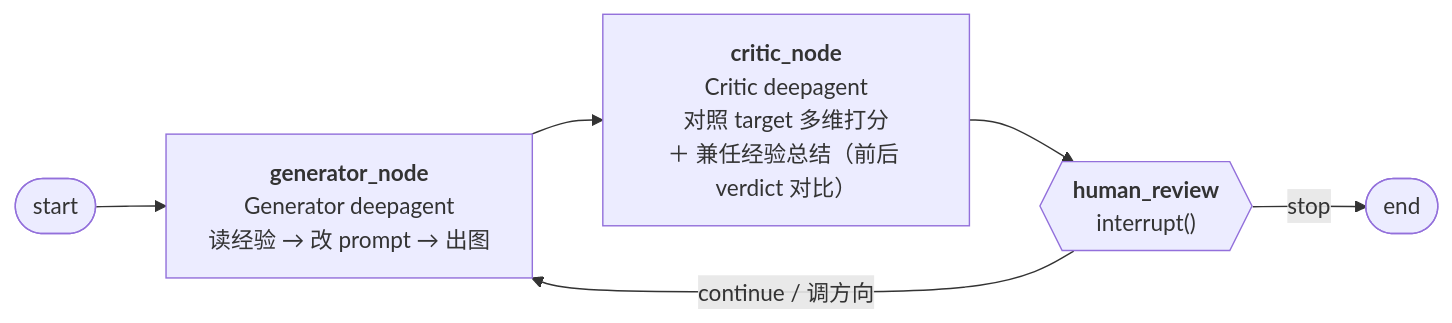
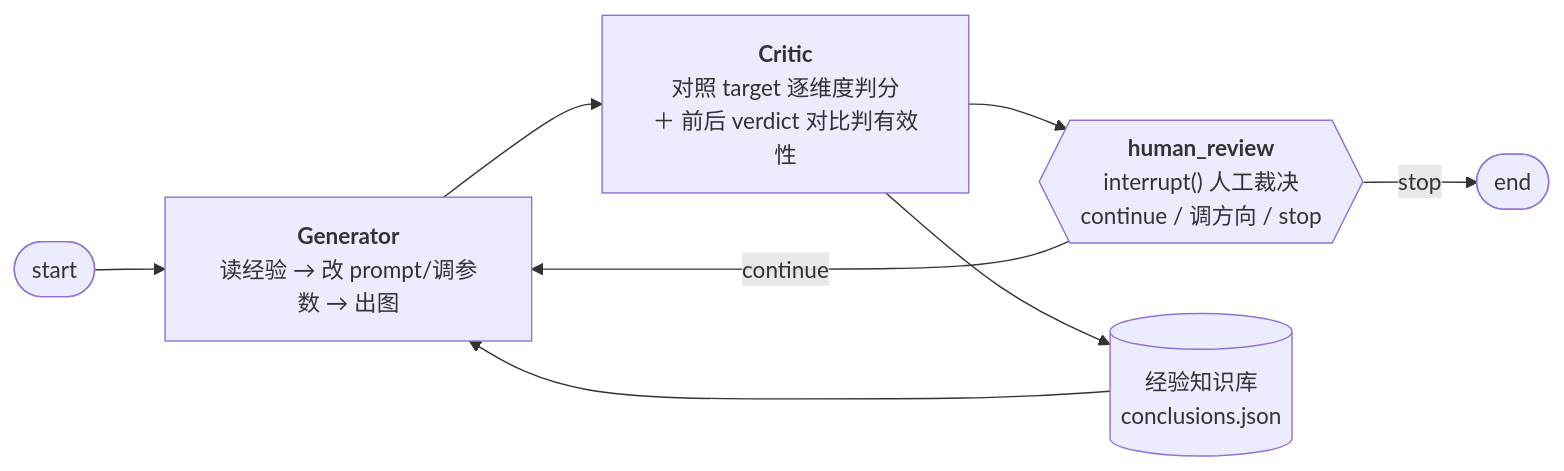
One commit to zenthos-z/img-iter-agent changed the diagram in README.md. Above: the diagram before and after it, drawn with Mermaid. The commit also changed other lines of this file, not shown here.

````diff
--- a/README.md
+++ b/README.md
@@ -44,9 +34,10 @@
 ```mermaid
 flowchart LR
-  START([start]) --> generator
-  generator["<b>generator_node</b><br/>Generator deepagent<br/>读经验 → 改 prompt → 出图"]
-  generator --> critic["<b>critic_node</b><br/>Critic deepagent<br/>对照 target 多维打分<br/>＋ 兼任经验总结（前后 verdict 对比）"]
-  critic --> review{{"<b>human_review</b><br/>interrupt()"}}
-  review -- "continue / 调方向" --> generator
-  review -- stop --> END([end])
+  START([start]) --> G["<b>Generator</b><br/>读经验 → 改 prompt/调参数 → 出图"]
+  G --> C["<b>Critic</b><br/>对照 target 逐维度判分<br/>＋ 前后 verdict 对比判有效性"]
+  C --> R{{"<b>human_review</b><br/>interrupt() 人工裁决<br/>continue / 调方向 / stop"}}
+  R -- continue --> G
+  R -- stop --> END([end])
+  C --> KB[("经验知识库<br/>conclusions.json")]
+  KB --> G
 ```
````
